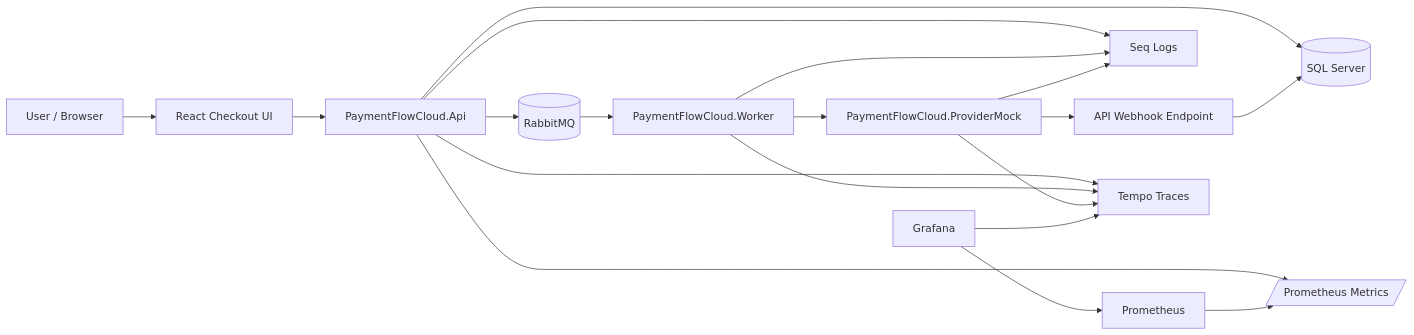
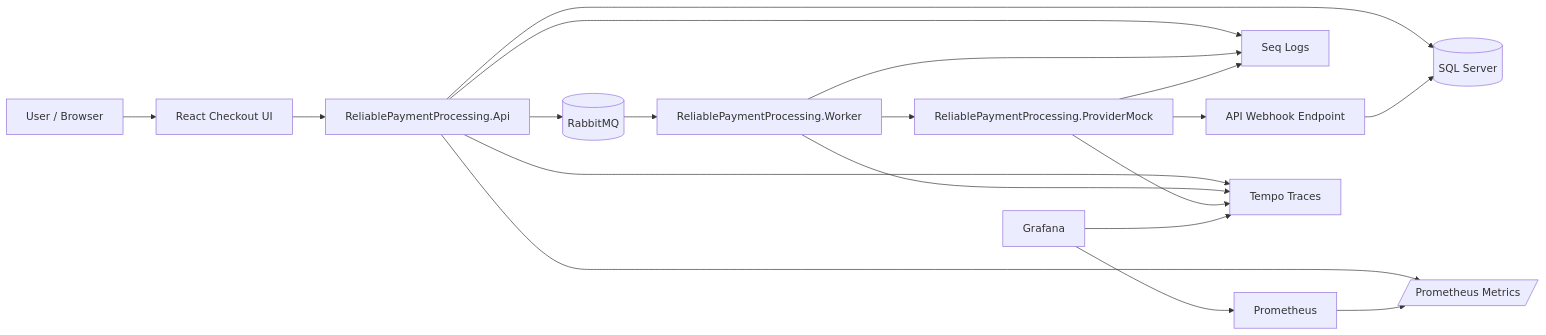
Before and after one commit to haoyucheng369-gif/payment-reliability: the first of 4 diagrams in README.md, drawn with Mermaid. The commit also changed other lines of this file and 211 other files, not shown here.

Commit message:
Rename project to ReliablePaymentProcessing

````diff
--- a/README.md
+++ b/README.md
@@ -39,21 +39,21 @@
 ```mermaid
 flowchart LR
     User[User / Browser] --> Web[React Checkout UI]
-    Web --> Api[PaymentFlowCloud.Api]
+    Web --> Api[ReliablePaymentProcessing.Api]
     Api --> Sql[(SQL Server)]
     Api --> Rabbit[(RabbitMQ)]
-    Rabbit --> Worker[PaymentFlowCloud.Worker]
-    Worker --> Provider[PaymentFlowCloud.ProviderMock]
+    Rabbit --> Worker[ReliablePaymentProcessing.Worker]
+    Worker --> Provider[ReliablePaymentProcessing.ProviderMock]
     Provider --> ApiWebhook[API Webhook Endpoint]
     ApiWebhook --> Sql
     Api --> Seq[Seq Logs]
     Worker --> Seq
     Provider --> Seq
     Api --> Metrics[/Prometheus Metrics/]
     Prometheus[Prometheus] --> Metrics
     Grafana[Grafana] --> Prometheus
     Api --> Tempo[Tempo Traces]
     Worker --> Tempo
     Provider --> Tempo
     Grafana --> Tempo
 ```
````
